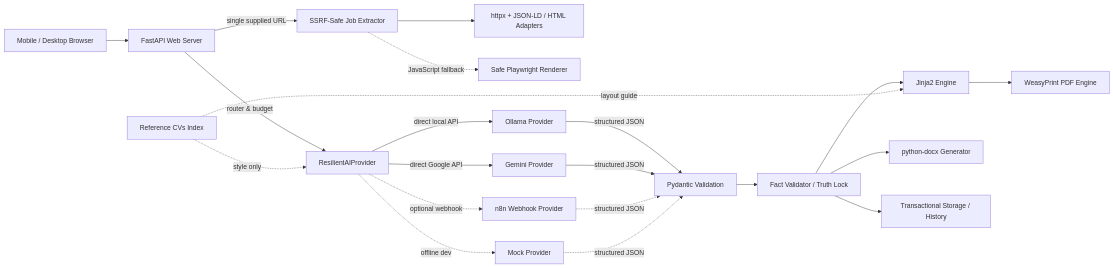
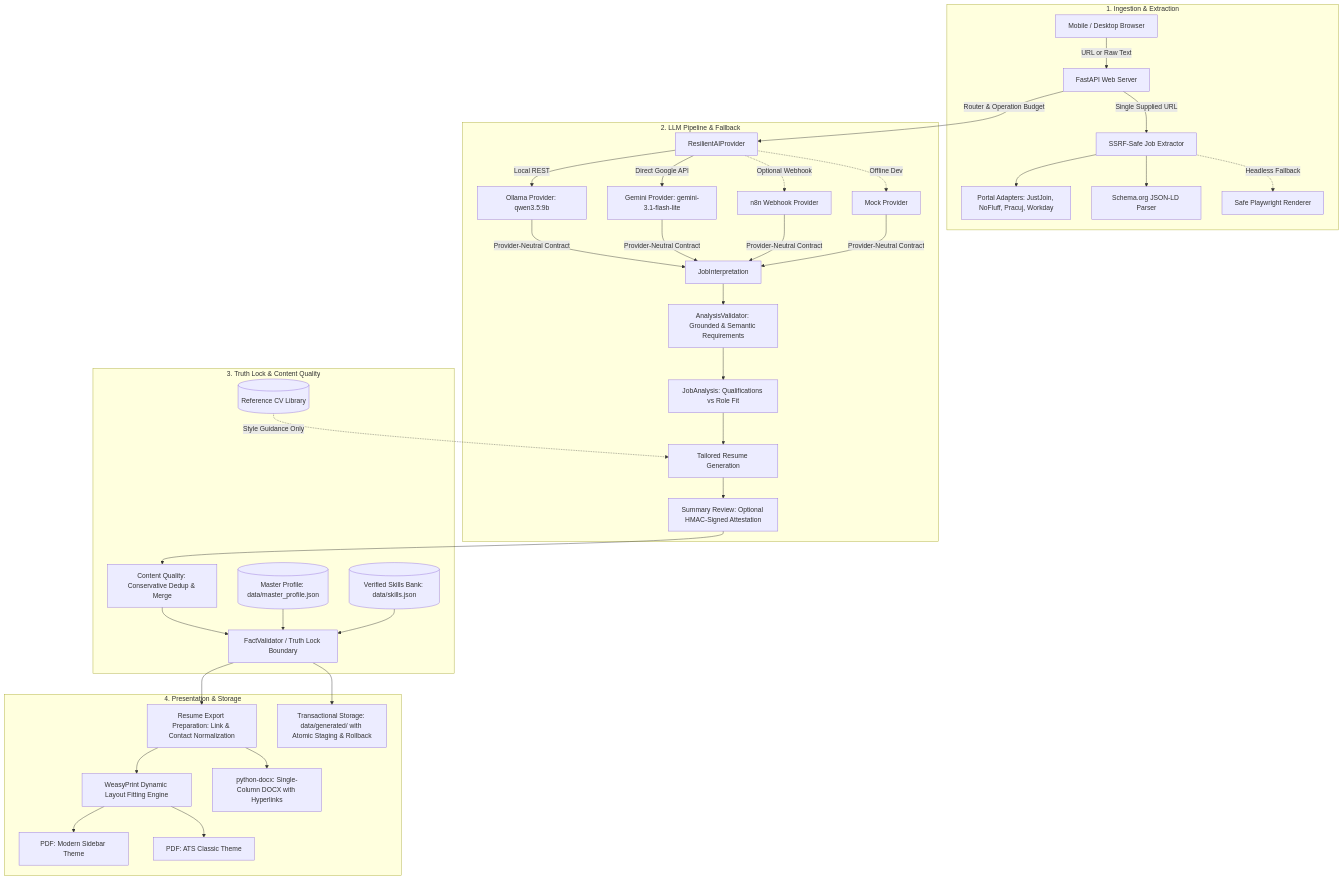
Before and after one commit to Rafalbanas/ai-resume-tailoring-platform: the diagram in README.md, drawn with Mermaid. The commit also changed other lines of this file, not shown here.

Commit message:
docs: update README with architecture, truth lock, and testing details

````diff
--- a/README.md
+++ b/README.md
@@ -19,23 +20,42 @@
 ```mermaid
-flowchart LR
-    Browser[Mobile / Desktop Browser] --> FastAPI[FastAPI Web Server]
-    FastAPI -->|single supplied URL| Extractor[SSRF-Safe Job Extractor]
-    Extractor --> HTTPX[httpx + JSON-LD / HTML Adapters]
-    Extractor -. JavaScript fallback .-> PW[Safe Playwright Renderer]
-    FastAPI -->|router & budget| Router[ResilientAIProvider]
-    Router -->|direct local API| Ollama[Ollama Provider]
-    Router -->|direct Google API| Gemini[Gemini Provider]
-    Router -. optional webhook .-> N8N[n8n Webhook Provider]
-    Router -. offline dev .-> Mock[Mock Provider]
-    Ollama -->|structured JSON| Pydantic[Pydantic Validation]
-    Gemini -->|structured JSON| Pydantic
-    N8N -. structured JSON .-> Pydantic
-    Mock -. structured JSON .-> Pydantic
-    Pydantic --> TruthLock[Fact Validator / Truth Lock]
-    TruthLock --> Jinja[Jinja2 Engine]
-    RefCV[Reference CVs Index] -. style only .-> Router
-    RefCV -. layout guide .-> Jinja
-    Jinja --> PDF[WeasyPrint PDF Engine]
-    TruthLock --> DOCX[python-docx Generator]
-    TruthLock --> Storage[Transactional Storage / History]
+flowchart TD
+    subgraph Ingestion["1. Ingestion & Extraction"]
+        Browser[Mobile / Desktop Browser] -->|URL or Raw Text| FastAPI[FastAPI Web Server]
+        FastAPI -->|Single Supplied URL| Extractor[SSRF-Safe Job Extractor]
+        Extractor --> PortalParsers[Portal Adapters: JustJoin, NoFluff, Pracuj, Workday]
+        Extractor --> JSONLD[Schema.org JSON-LD Parser]
+        Extractor -. Headless Fallback .-> PW[Safe Playwright Renderer]
+    end
+
+    subgraph LLMPipeline["2. LLM Pipeline & Fallback"]
+        FastAPI -->|Router & Operation Budget| Router[ResilientAIProvider]
+        Router -->|Local REST| Ollama[Ollama Provider: qwen3.5:9b]
+        Router -->|Direct Google API| Gemini[Gemini Provider: gemini-3.1-flash-lite]
+        Router -. Optional Webhook .-> N8N[n8n Webhook Provider]
+        Router -. Offline Dev .-> Mock[Mock Provider]
+
+        Ollama & Gemini & N8N & Mock -->|Provider-Neutral Contract| Interp[JobInterpretation]
+        Interp --> AnalysisVal[AnalysisValidator: Grounded & Semantic Requirements]
+        AnalysisVal --> JobAnalysis[JobAnalysis: Qualifications vs Role Fit]
+
+        JobAnalysis --> TailorStage[Tailored Resume Generation]
+        TailorStage --> SummaryReview[Summary Review: Optional HMAC-Signed Attestation]
+    end
+
+    subgraph TruthLockBoundary["3. Truth Lock & Content Quality"]
+        SummaryReview --> ContentQuality[Content Quality: Conservative Dedup & Merge]
+        ContentQuality --> FactVal[FactValidator / Truth Lock Boundary]
+        MasterProfile[(Master Profile: data/master_profile.json)] --> FactVal
+        SkillsBank[(Verified Skills Bank: data/skills.json)] --> FactVal
+        RefCVs[(Reference CV Library)] -. Style Guidance Only .-> TailorStage
+    end
+
+    subgraph DocumentEngines["4. Presentation & Storage"]
+        FactVal --> ExportPrep[Resume Export Preparation: Link & Contact Normalization]
+        ExportPrep --> LayoutFit[WeasyPrint Dynamic Layout Fitting Engine]
+        LayoutFit --> PDFModern[PDF: Modern Sidebar Theme]
+        LayoutFit --> PDFClassic[PDF: ATS Classic Theme]
+        ExportPrep --> DOCXGen[python-docx: Single-Column DOCX with Hyperlinks]
+        FactVal --> Storage[Transactional Storage: data/generated/ with Atomic Staging & Rollback]
+    end
 ```
````
